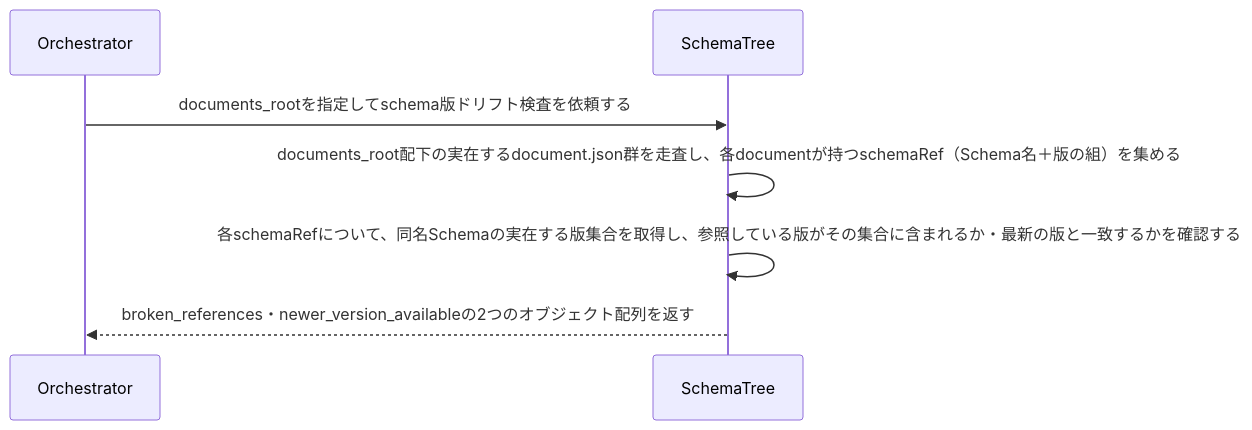
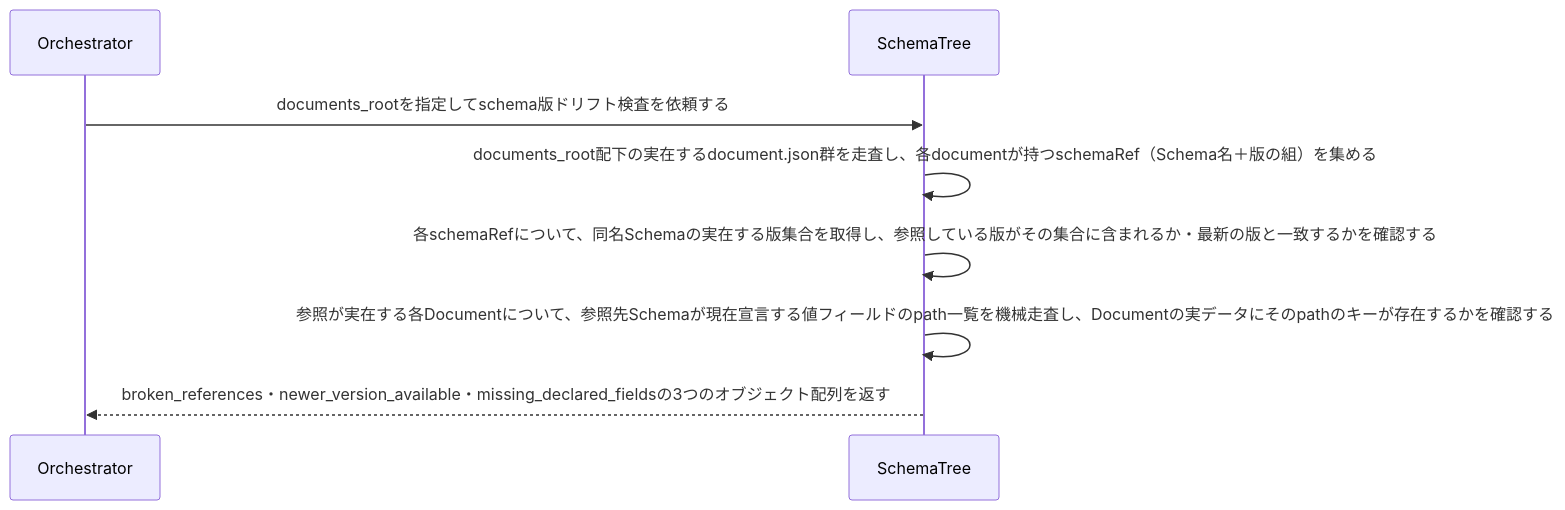
Before and after one commit to daidaiiro-519/waffle: the diagram in .waffle/specs/bc-waffle-engines/subdomain/sd-reconciliation/usecase/uc-check-schema-version-drift.md, drawn with Mermaid. The commit also changed other lines of this file and 7 other files, not shown here.

First line of the commit message:
uc-check-schema-version-driftにmissing_declared_fieldsドリフト検知を追加

````diff
--- a/.waffle/specs/bc-waffle-engines/subdomain/sd-reconciliation/usecase/uc-check-schema-version-drift.md
+++ b/.waffle/specs/bc-waffle-engines/subdomain/sd-reconciliation/usecase/uc-check-schema-version-drift.md
@@ -26,7 +26,8 @@
 ```mermaid
 sequenceDiagram
     Orchestrator->>SchemaTree: documents_rootを指定してschema版ドリフト検査を依頼する
     SchemaTree->>SchemaTree: documents_root配下の実在するdocument.json群を走査し、各documentが持つschemaRef（Schema名＋版の組）を集める
     SchemaTree->>SchemaTree: 各schemaRefについて、同名Schemaの実在する版集合を取得し、参照している版がその集合に含まれるか・最新の版と一致するかを確認する
-    SchemaTree-->>Orchestrator: broken_references・newer_version_availableの2つのオブジェクト配列を返す
+    SchemaTree->>SchemaTree: 参照が実在する各Documentについて、参照先Schemaが現在宣言する値フィールドのpath一覧を機械走査し、Documentの実データにそのpathのキーが存在するかを確認する
+    SchemaTree-->>Orchestrator: broken_references・newer_version_available・missing_declared_fieldsの3つのオブジェクト配列を返す
 ```
````
